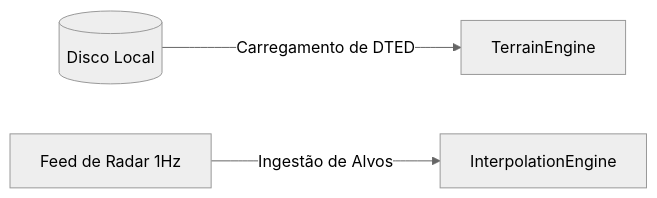
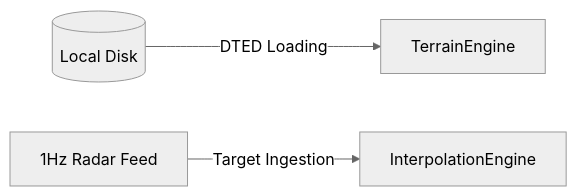
One commit to rodoni/olayer changed the diagram in docs/sdk/native/native_map_data_stack/arch.md. Above: the diagram before and after it, drawn with Mermaid (neutral theme). The commit also changed other lines of this file and 29 other files, not shown here.

````diff
--- a/docs/sdk/native/native_map_data_stack/arch.md
+++ b/docs/sdk/native/native_map_data_stack/arch.md
@@ -11,5 +11,5 @@
 ```mermaid
 graph LR
-    Disk[(Disco Local)] -->|Carregamento de DTED| TE[TerrainEngine]
-    Feed[Feed de Radar 1Hz] -->|Ingestão de Alvos| IE[InterpolationEngine]
+    Disk[(Local Disk)] -->|DTED Loading| TE[TerrainEngine]
+    Feed[1Hz Radar Feed] -->|Target Ingestion| IE[InterpolationEngine]
 ```
````
